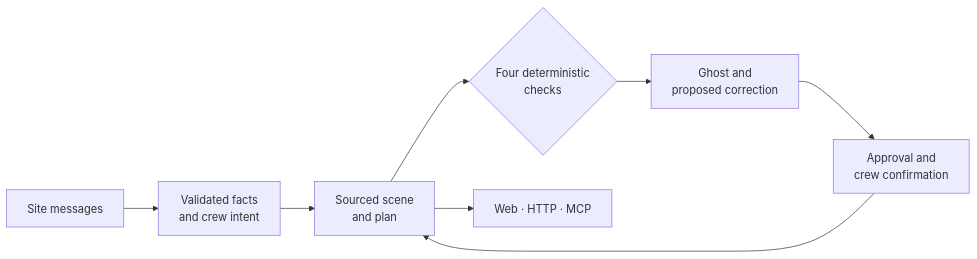
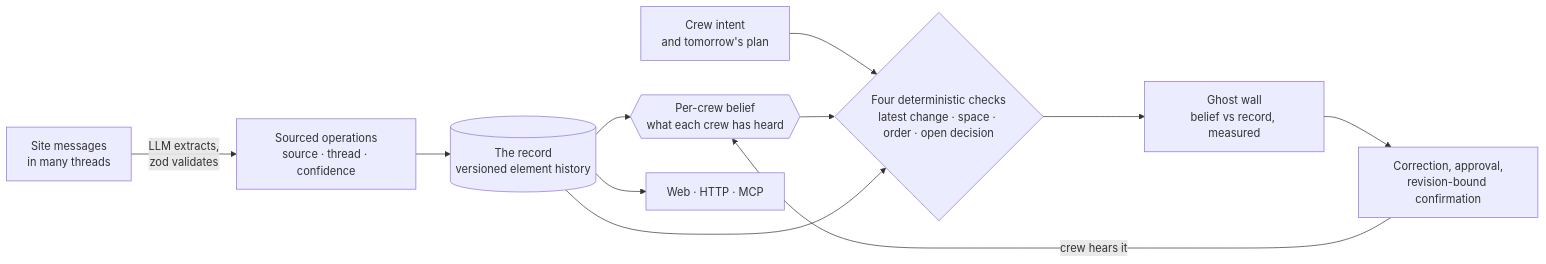
The diagram in README.md (aaliusama/second-eye), drawn with Mermaid before and after one commit. The commit also changed other lines of this file and 12 other files, not shown here.

Commit message:
Who knows what: see the floor as each crew knows it, and every change against every crew

````diff
--- a/README.md
+++ b/README.md
@@ -52,10 +61,13 @@
 ```mermaid
 flowchart LR
-    A[Site messages] --> B[Validated facts<br/>and crew intent]
-    B --> C[Sourced scene<br/>and plan]
-    C --> D{Four deterministic<br/>checks}
-    D --> E[Ghost and<br/>proposed correction]
-    E --> F[Approval and<br/>crew confirmation]
-    F --> C
-    C --> G[Web · HTTP · MCP]
+    M[Site messages<br/>in many threads] -->|LLM extracts,<br/>zod validates| O[Sourced operations<br/>source · thread · confidence]
+    O --> R[(The record<br/>versioned element history)]
+    R --> K{{Per-crew belief<br/>what each crew has heard}}
+    T[Crew intent<br/>and tomorrow's plan] --> C
+    K --> C{Four deterministic checks<br/>latest change · space · order · open decision}
+    R --> C
+    C --> G[Ghost wall<br/>belief vs record, measured]
+    G --> F[Correction, approval,<br/>revision-bound confirmation]
+    F -->|crew hears it| K
+    R --> A[Web · HTTP · MCP]
 ```
````
